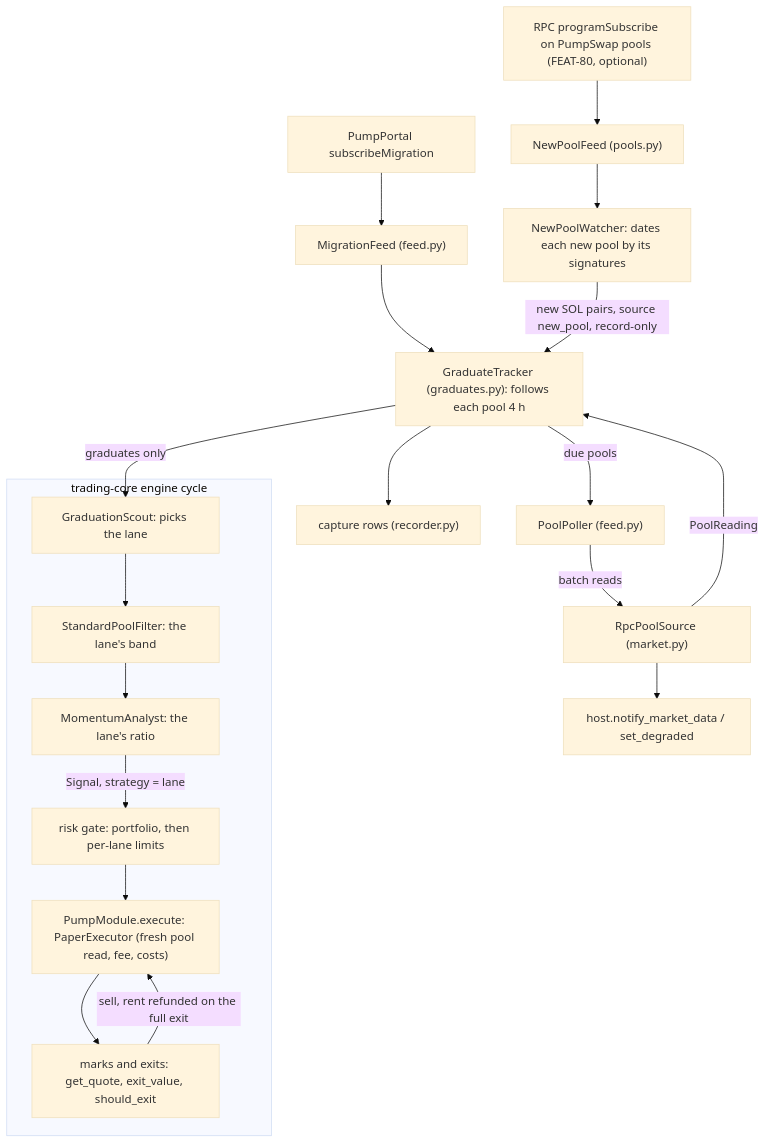
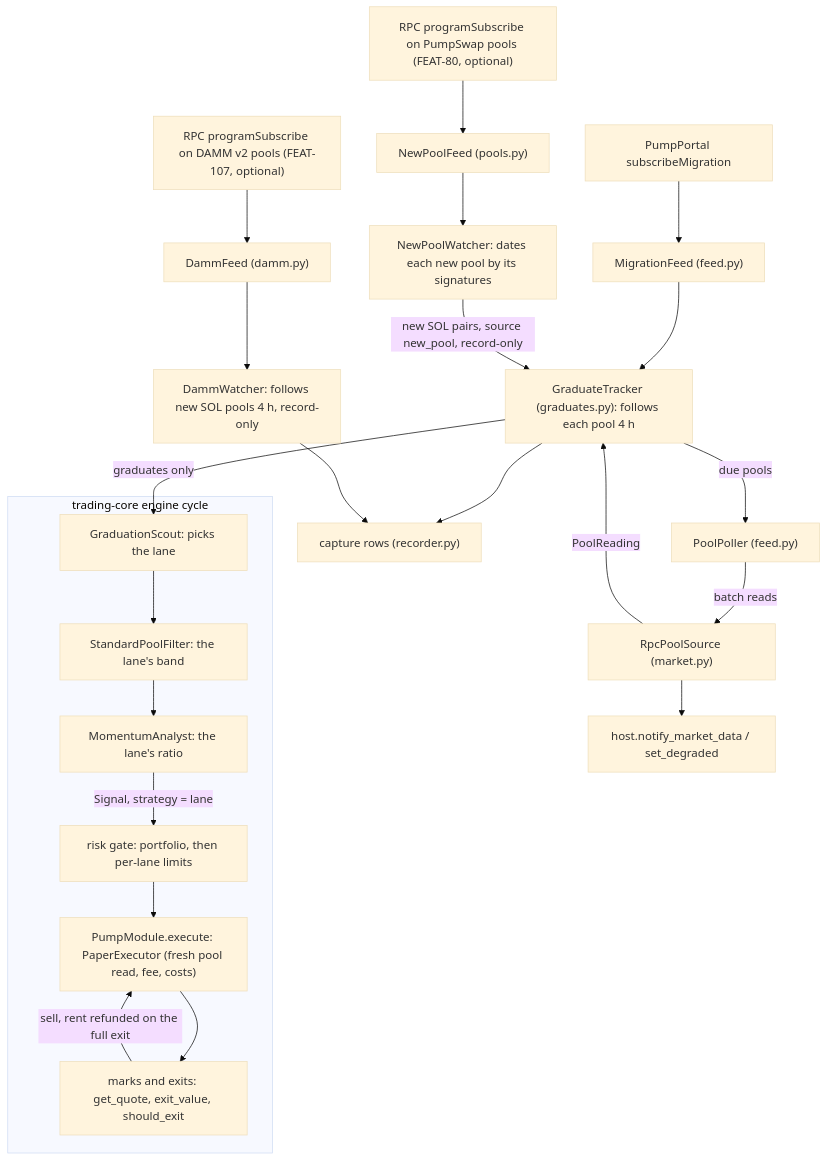
The diagram in docs/ARCHITECTURE.md (andy-shady-org/trading-pump), drawn with Mermaid (base theme) before and after one commit. The commit also changed other lines of this file and 15 other files, not shown here.

First line of the commit message:
New Meteora DAMM v2 pools, record-only capture (FEAT-107); graduation.enabled to run it alone

````diff
--- a/docs/ARCHITECTURE.md
+++ b/docs/ARCHITECTURE.md
@@ -33,22 +33,25 @@
 ```mermaid
 flowchart TD
     PP["PumpPortal subscribeMigration"] --> MF["MigrationFeed (feed.py)"]
     MF --> GT["GraduateTracker (graduates.py): follows each pool 4 h"]
     WS["RPC programSubscribe on PumpSwap pools (FEAT-80, optional)"] --> NPF["NewPoolFeed (pools.py)"]
     NPF --> NPW["NewPoolWatcher: dates each new pool by its signatures"]
     NPW -- "new SOL pairs, source new_pool, record-only" --> GT
     GT -- "due pools" --> POLL["PoolPoller (feed.py)"]
     POLL -- "batch reads" --> SRC["RpcPoolSource (market.py)"]
     SRC -- "PoolReading" --> GT
     SRC --> HOST["host.notify_market_data / set_degraded"]
     GT --> CAP["capture rows (recorder.py)"]
+    DWS["RPC programSubscribe on DAMM v2 pools (FEAT-107, optional)"] --> DF["DammFeed (damm.py)"]
+    DF --> DW["DammWatcher: follows new SOL pools 4 h, record-only"]
+    DW --> CAP
     GT -- "graduates only" --> SCOUT
     subgraph ENGINE["trading-core engine cycle"]
         SCOUT["GraduationScout: picks the lane"] --> FILT["StandardPoolFilter: the lane's band"]
         FILT --> AN["MomentumAnalyst: the lane's ratio"]
         AN -- "Signal, strategy = lane" --> RISK["risk gate: portfolio, then per-lane limits"]
         RISK --> EXE["PumpModule.execute: PaperExecutor (fresh pool read, fee, costs)"]
         EXE --> MARK["marks and exits: get_quote, exit_value, should_exit"]
         MARK -- "sell, rent refunded on the full exit" --> EXE
     end
 ```
````
